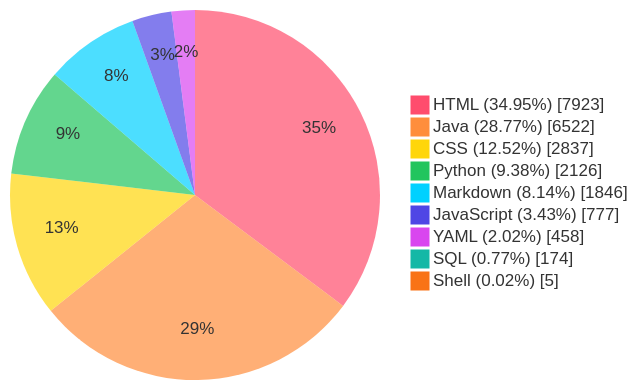
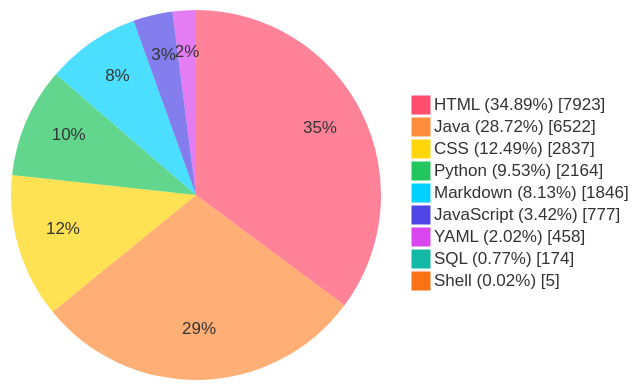
One commit to TheBadRoger/BUCT-Teaching-Aids changed the diagram in README.md. Above: the diagram before and after it, drawn with Mermaid. The commit also changed other lines of this file and 6 other files, not shown here.

````diff
--- a/README.md
+++ b/README.md
@@ -41,28 +41,28 @@
 ```mermaid
 %%{init: {'theme':'base','themeVariables': {
   'fontFamily': 'Fira Code, JetBrains Mono, Source Code Pro, Cascadia Code, Menlo, Consolas, monospace',
   'pieStrokeColor': 'transparent',
   'pieStrokeWidth': '0px',
   'pieOuterStrokeWidth': '0px',
   'pie1': '#FF4D6D',
   'pie2': '#FF8E3C',
   'pie3': '#FFD60A',
   'pie4': '#22C55E',
   'pie5': '#00D1FF',
   'pie6': '#4F46E5',
   'pie7': '#D946EF',
   'pie8': '#14B8A6',
   'pie9': '#F97316',
   'pie10': '#A855F7'
 }}}%%
 pie showData
-    "HTML (34.95%)" : 7923
-    "Java (28.77%)" : 6522
-    "CSS (12.52%)" : 2837
-    "Python (9.38%)" : 2126
-    "Markdown (8.14%)" : 1846
-    "JavaScript (3.43%)" : 777
+    "HTML (34.89%)" : 7923
+    "Java (28.72%)" : 6522
+    "CSS (12.49%)" : 2837
+    "Python (9.53%)" : 2164
+    "Markdown (8.13%)" : 1846
+    "JavaScript (3.42%)" : 777
     "YAML (2.02%)" : 458
     "SQL (0.77%)" : 174
     "Shell (0.02%)" : 5
 ```
````
